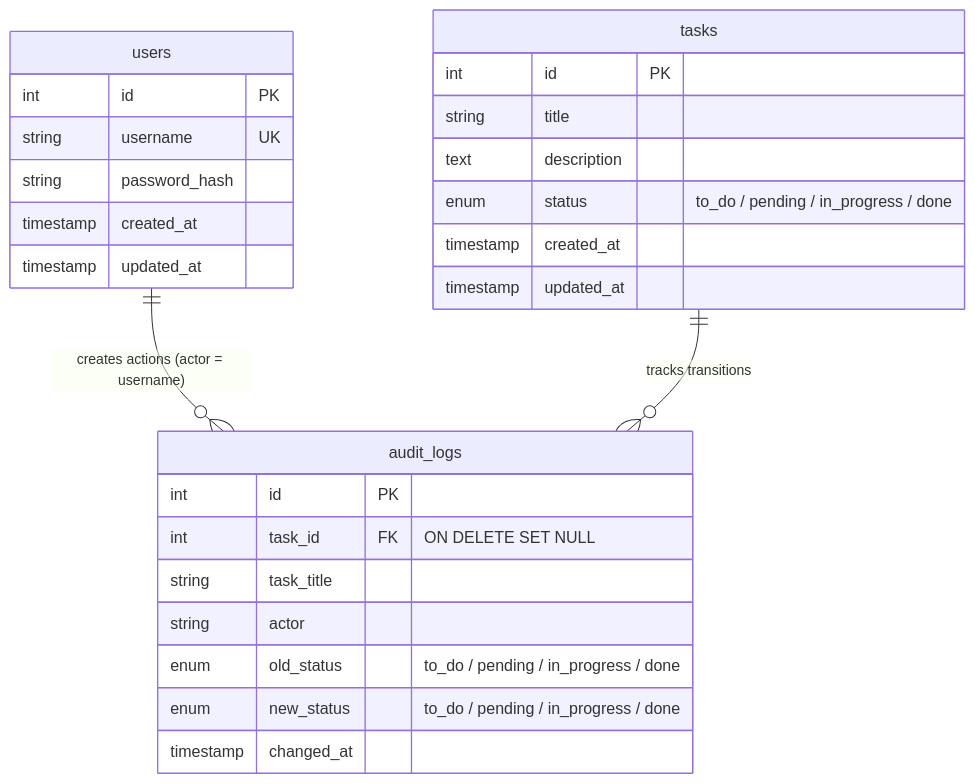
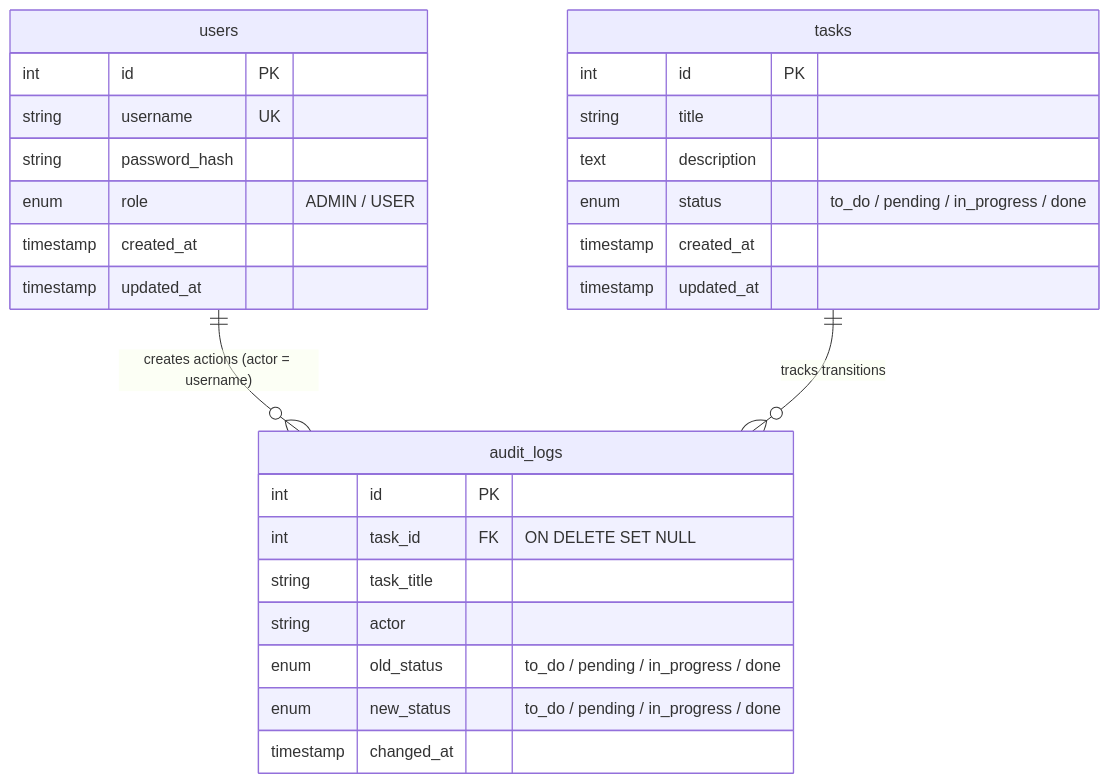
One commit to ferdianqbl/mini-task-manager changed the diagram in plans/PLANNING.md. Above: the diagram before and after it, drawn with Mermaid. The commit also changed other lines of this file and 5 other files, not shown here.

Commit message:
docs: add user roles and global admin audit logs to plans

````diff
--- a/plans/PLANNING.md
+++ b/plans/PLANNING.md
@@ -21,32 +21,33 @@
 ```mermaid
 erDiagram
     users {
         int id PK
         string username UK
         string password_hash
+        enum role "ADMIN / USER"
         timestamp created_at
         timestamp updated_at
     }
 
     tasks {
         int id PK
         string title
         text description
         enum status "to_do / pending / in_progress / done"
         timestamp created_at
         timestamp updated_at
     }
 
     audit_logs {
         int id PK
         int task_id FK "ON DELETE SET NULL"
         string task_title
         string actor
         enum old_status "to_do / pending / in_progress / done"
         enum new_status "to_do / pending / in_progress / done"
         timestamp changed_at
     }
 
     users ||--o{ audit_logs : "creates actions (actor = username)"
     tasks ||--o{ audit_logs : "tracks transitions"
 ```
````
